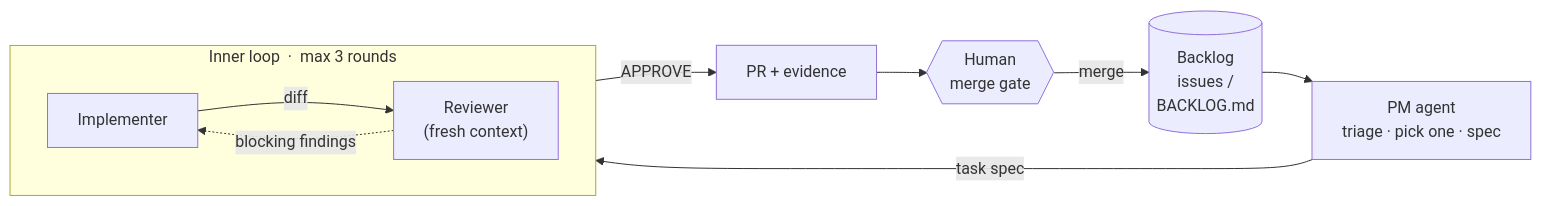
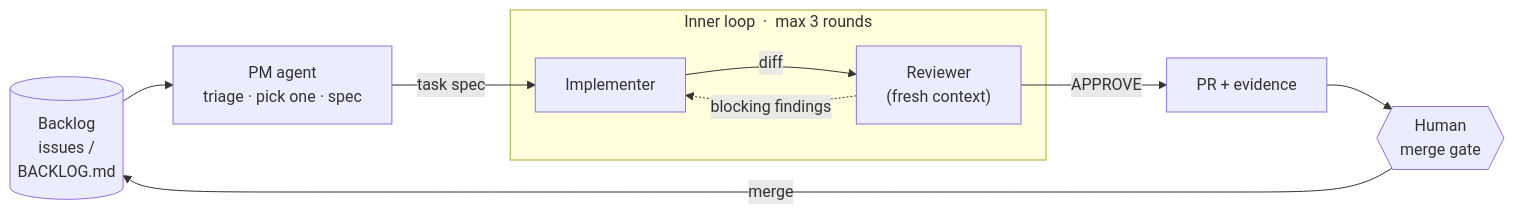
Before and after one commit to chrille0313/agentic-monorepo-template: the diagram in README.md, drawn with Mermaid.

Commit message:
docs: order diagram edges so the flow reads left to right
Mermaid ranks nodes by first-seen edges; declaring the inner-loop
edges first pushed the backlog to the far right and the story read
from the middle.

````diff
--- a/README.md
+++ b/README.md
@@ -25,19 +25,13 @@
 ```mermaid
 flowchart LR
-    backlog[("Backlog<br>issues /<br>BACKLOG.md")]
-    pm["PM agent<br>triage · pick one · spec"]
+    backlog[("Backlog<br>issues /<br>BACKLOG.md")] --> pm["PM agent<br>triage · pick one · spec"]
+    pm -- "task spec" --> impl
 
     subgraph inner ["Inner loop &nbsp;·&nbsp; max 3 rounds"]
-        direction LR
-        impl["Implementer"]
-        rev["Reviewer<br>(fresh context)"]
-        impl -- "diff" --> rev
+        impl["Implementer"] -- "diff" --> rev["Reviewer<br>(fresh context)"]
         rev -. "blocking findings" .-> impl
     end
 
-    backlog --> pm
-    pm -- "task spec" --> impl
-    rev -- "APPROVE" --> pr["PR + evidence"]
-    pr --> gate{{"Human<br>merge gate"}}
+    rev -- "APPROVE" --> pr["PR + evidence"] --> gate{{"Human<br>merge gate"}}
     gate -- "merge" --> backlog
 ```
````
